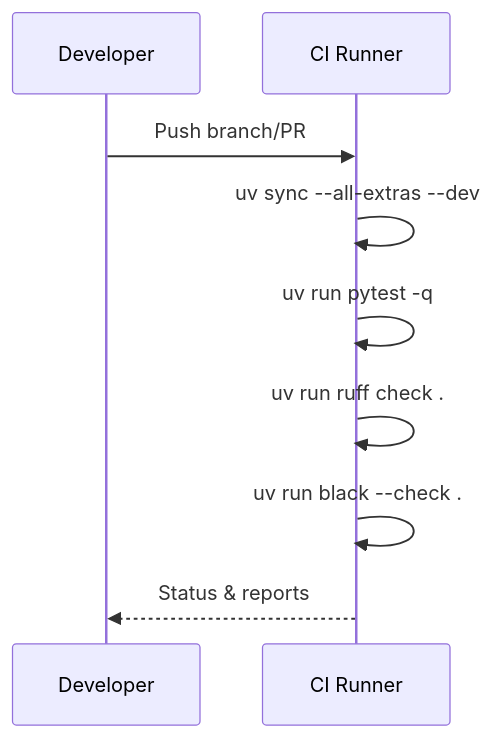
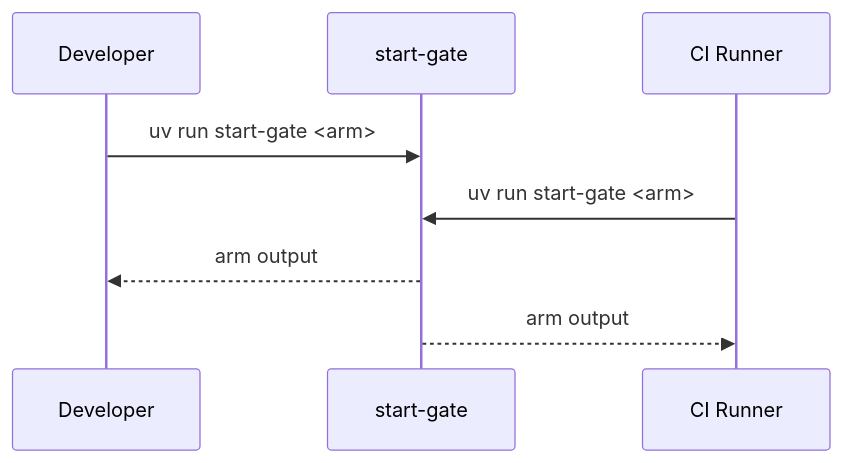
One commit to ActiveInferenceInstitute/Start changed the diagram in docs/environment.md. Above: the diagram before and after it, drawn with Mermaid. The commit also changed other lines of this file and 29 other files, not shown here.

First line of the commit message:
Add start-gate entry point, dedupe CI, and document gate/GNN facts (#26)

````diff
--- a/docs/environment.md
+++ b/docs/environment.md
@@ -248,11 +248,10 @@
 ```mermaid
 sequenceDiagram
   participant Dev as Developer
+  participant Gate as start-gate
   participant CI as CI Runner
-  Dev->>CI: Push branch/PR
-  CI->>CI: uv sync --all-extras --dev
-  CI->>CI: uv run pytest -q
-  CI->>CI: uv run ruff check .
-  CI->>CI: uv run black --check .
-  CI-->>Dev: Status & reports
+  Dev->>Gate: uv run start-gate <arm>
+  CI->>Gate: uv run start-gate <arm>
+  Gate-->>Dev: arm output
+  Gate-->>CI: arm output
 ```
````
